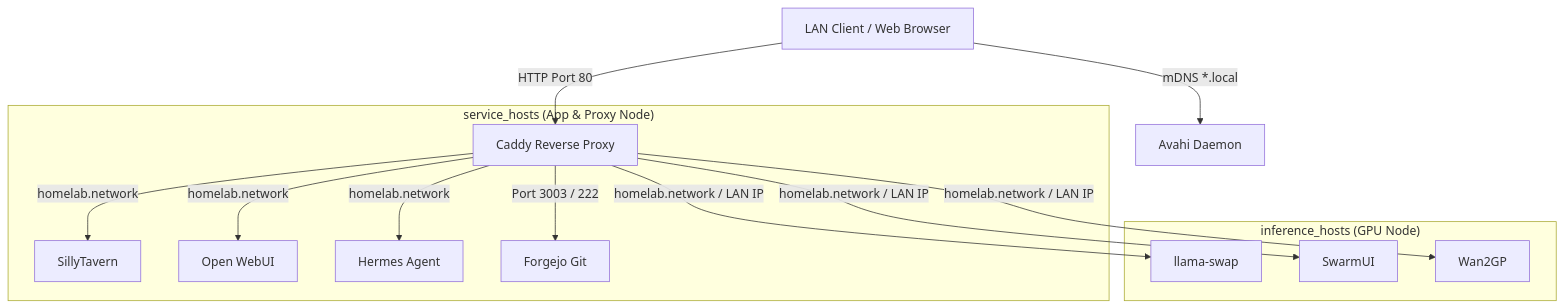
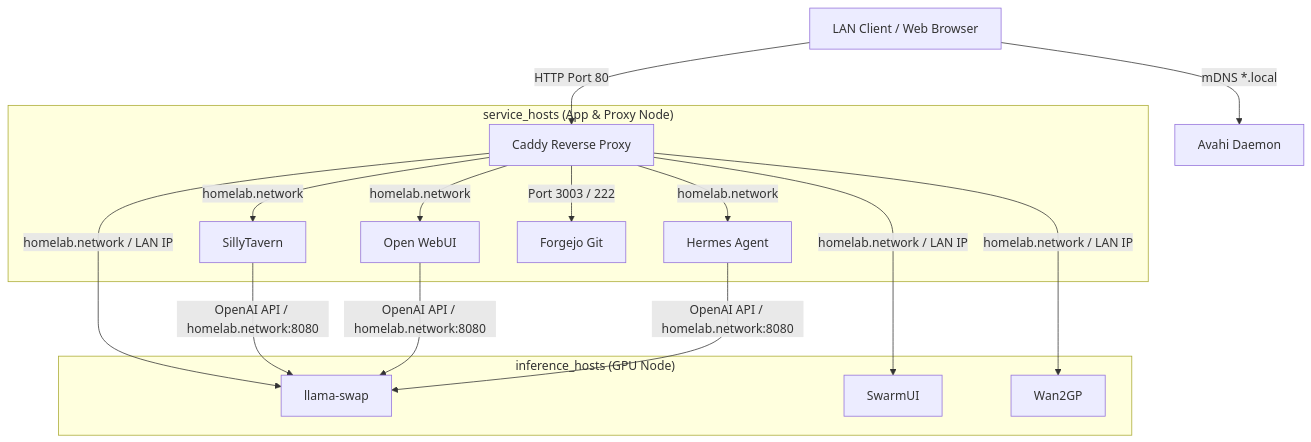
The diagram in docs/architecture.md (Darkkal/homelab), drawn with Mermaid before and after one commit. The commit also changed other lines of this file, not shown here.

Commit message:
docs(architecture): update architecture diagram and unified llama-swap inference routing

````diff
--- a/docs/architecture.md
+++ b/docs/architecture.md
@@ -23,18 +23,22 @@
 ```mermaid
 graph TD
     Client[LAN Client / Web Browser] -->|mDNS *.local| Avahi[Avahi Daemon]
     Client -->|HTTP Port 80| Caddy[Caddy Reverse Proxy]
     
     subgraph service_hosts ["service_hosts (App & Proxy Node)"]
         Caddy -->|homelab.network| SillyTavern[SillyTavern]
         Caddy -->|homelab.network| OpenWebUI[Open WebUI]
         Caddy -->|homelab.network| Hermes[Hermes Agent]
         Caddy -->|Port 3003 / 222| Forgejo[Forgejo Git]
     end
 
     subgraph inference_hosts ["inference_hosts (GPU Node)"]
         Caddy -->|homelab.network / LAN IP| LlamaSwap[llama-swap]
         Caddy -->|homelab.network / LAN IP| SwarmUI[SwarmUI]
         Caddy -->|homelab.network / LAN IP| Wan2GP[Wan2GP]
     end
+
+    SillyTavern -->|OpenAI API / homelab.network:8080| LlamaSwap
+    OpenWebUI -->|OpenAI API / homelab.network:8080| LlamaSwap
+    Hermes -->|OpenAI API / homelab.network:8080| LlamaSwap
 ```
````
